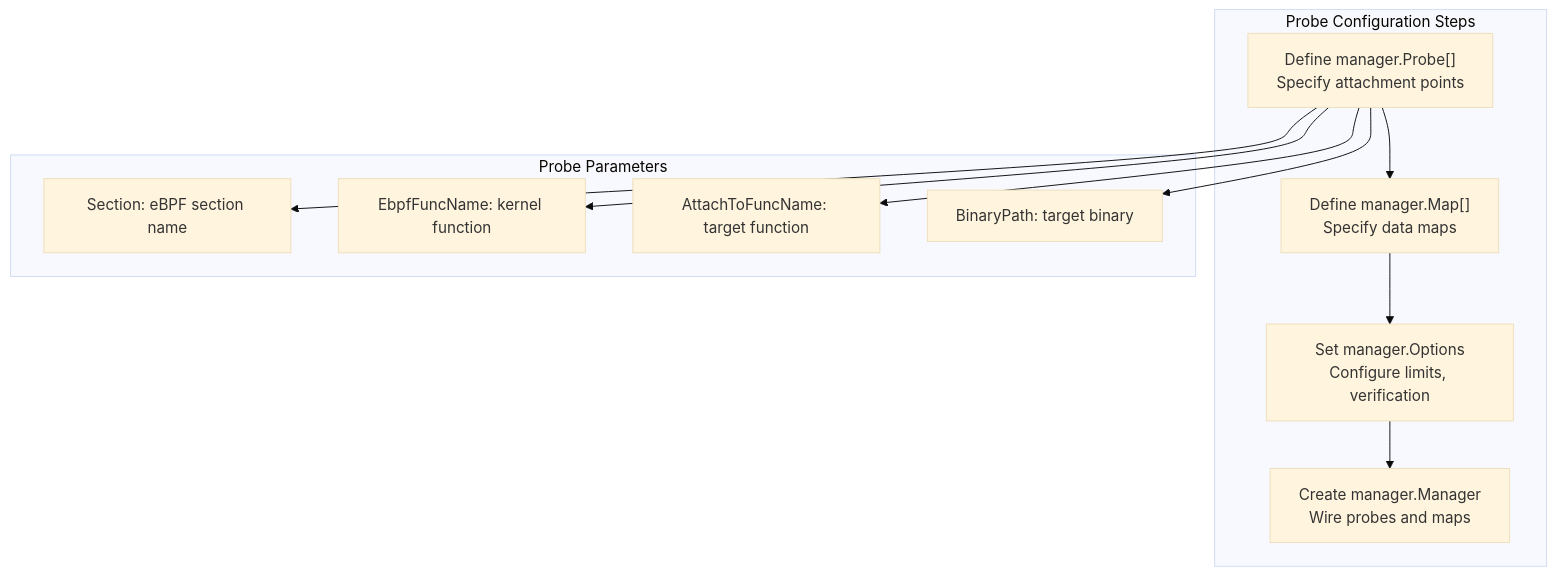
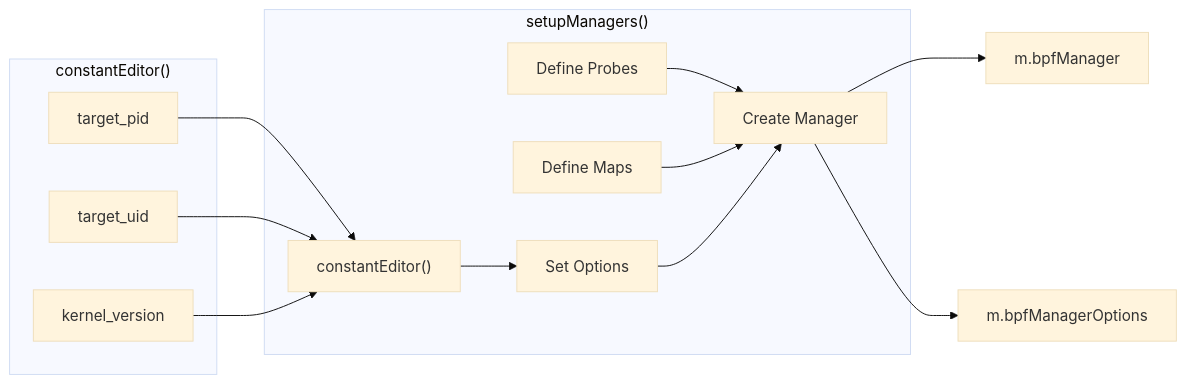
The fourth of 4 diagrams in src/en/5-development-guide/5.3-adding-new-modules.md (gojue/ecapture.cc), drawn with Mermaid (base theme) before and after one commit. The commit also changed other lines of this file and 115 other files, not shown here.

````diff
--- a/src/en/5-development-guide/5.3-adding-new-modules.md
+++ b/src/en/5-development-guide/5.3-adding-new-modules.md
@@ -324,25 +560,18 @@
 ```mermaid
-graph TB
-    subgraph "Probe Configuration Steps"
-        DefineProbes["Define manager.Probe[]<br/>Specify attachment points"]
-        DefineMaps["Define manager.Map[]<br/>Specify data maps"]
-        SetOptions["Set manager.Options<br/>Configure limits, verification"]
-        CreateManager["Create manager.Manager<br/>Wire probes and maps"]
+graph LR
+    subgraph "setupManagers()"
+        A["Define Probes"] --> B["Create Manager"]
+        C["Define Maps"] --> B
+        D["Set Options"] --> B
+        E["constantEditor()"] --> D
     end
     
-    subgraph "Probe Parameters"
-        Section["Section: eBPF section name"]
-        EbpfName["EbpfFuncName: kernel function"]
-        AttachName["AttachToFuncName: target function"]
-        BinPath["BinaryPath: target binary"]
+    B --> F["m.bpfManager"]
+    B --> G["m.bpfManagerOptions"]
+    
+    subgraph "constantEditor()"
+        H["target_pid"] --> E
+        I["target_uid"] --> E
+        J["kernel_version"] --> E
     end
-    
-    DefineProbes --> DefineMaps
-    DefineMaps --> SetOptions
-    SetOptions --> CreateManager
-    
-    DefineProbes --> Section
-    DefineProbes --> EbpfName
-    DefineProbes --> AttachName
-    DefineProbes --> BinPath
 ```
````
